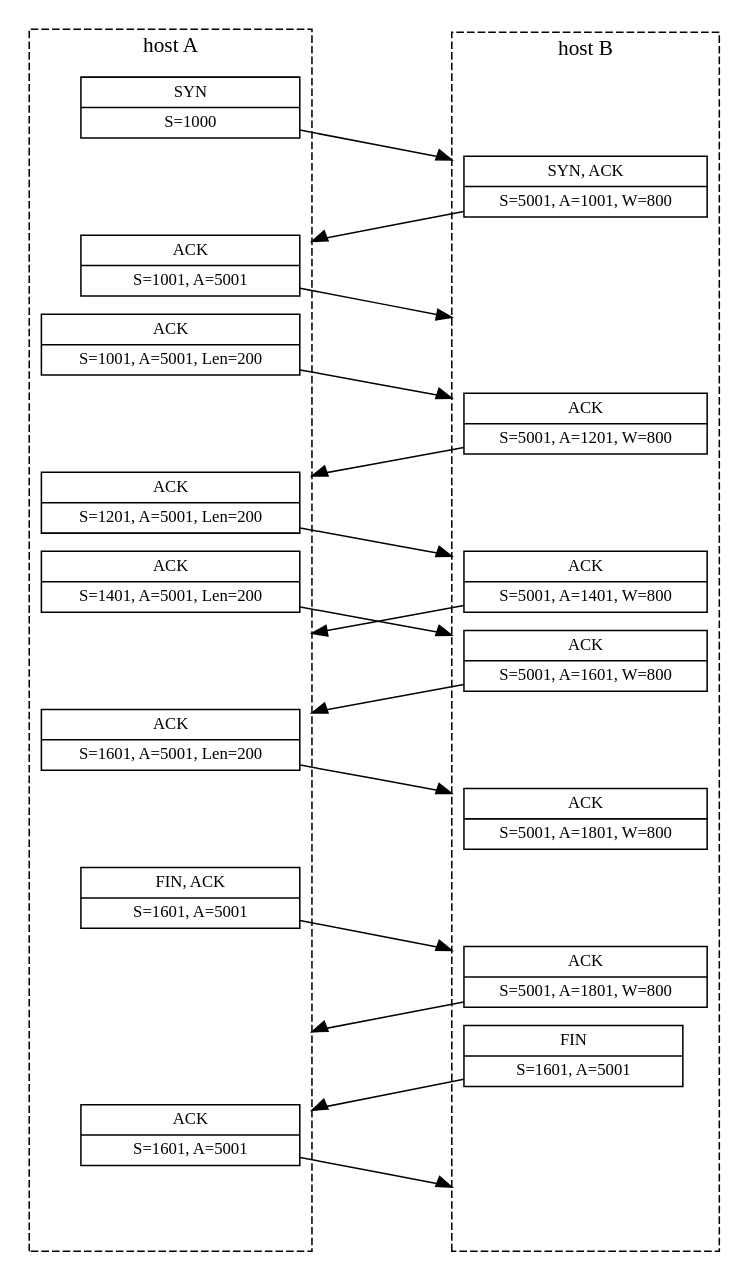
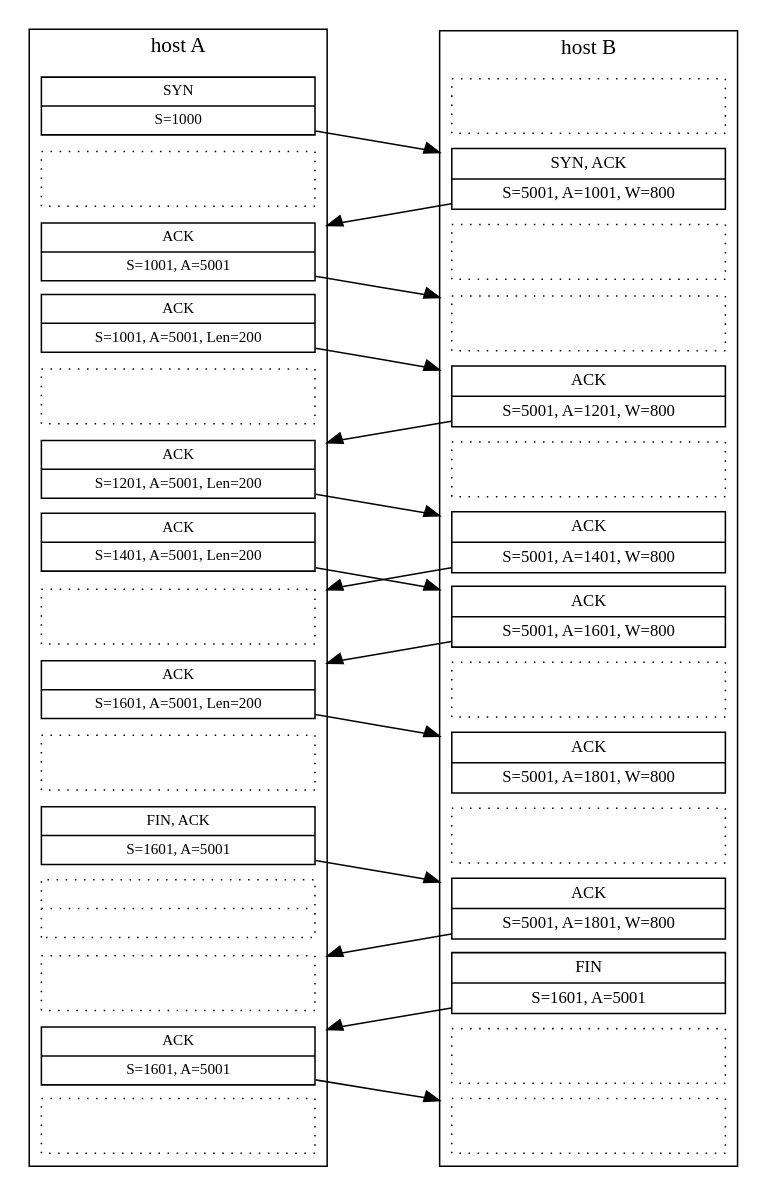
The diagram in guias/2/ej7.gv (mjkloeckner/TB067), drawn with Graphviz before and after one commit. The commit also changed 5 other files, not shown here.

```diff
--- a/guias/2/ej7.gv
+++ b/guias/2/ej7.gv
@@ -1,75 +1,75 @@
 digraph {
     node [shape=record]
     rankdir=TD;
-    ranksep=0.15;
+    ranksep=0;
     newrank=true;
-    nodesep=1.5;
+    nodesep=1.25;
     compound=true;
     subgraph cluster_A {
         label="host A"
-        style="dashed"
-        node [width=2.00, fontsize=11 ];
+        style="solid"
+        node [width=2.50, fontsize=10 ];
         0 -> 1 -> 2 -> 3 -> 4 -> 5 -> 6 -> 7 -> 8 -> 9 -> 10 [color=none];
         10 -> 11 -> 12 -> 13 -> 14 [color=none];
     }
     subgraph cluster_B {
         label="host B"
-        style="dashed"
-        node [width=2.00, fontsize=11 ];
+        style="solid"
+        node [width=2.50, fontsize=11 ];
 
         50 -> 51 -> 52 -> 53 -> 54 -> 55 -> 56 -> 57 -> 58 -> 59 -> 60 [color=none];
         60-> 61 -> 62 -> 63 -> 64 [color=none];
     }
 
     { rank=same;  0; 50; }
     { rank=same;  1; 51; }
     { rank=same;  2; 52; }
     { rank=same;  3; 53; }
     { rank=same;  4; 54; }
     { rank=same;  5; 55; }
     { rank=same;  6; 56; }
     { rank=same;  7; 57; }
     { rank=same;  8; 58; }
     { rank=same;  9; 59; }
     { rank=same; 10; 60; }
     { rank=same; 11; 61; }
     { rank=same; 12; 62; }
     { rank=same; 13; 63; }
 
-    1, 4, 7, 9, 11, 12, 14 [color=none, fontcolor=none];
-    50, 52, 53, 55, 58, 60, 63, 64 [color=none, fontcolor=none];
+    1, 4, 7, 9, 11, 12, 14 [color=black, fontcolor=none, style=dotted];
+    50, 52, 53, 55, 58, 60, 63, 64 [color=black, fontcolor=none, style=dotted ];
 
      0 -> 51 [lhead=cluster_B]
     51 ->  2 [lhead=cluster_A]
      2 -> 53 [lhead=cluster_B]
      3 -> 54 [lhead=cluster_B]
     54 ->  5 [lhead=cluster_A]
      5 -> 56 [lhead=cluster_B]
     56 ->  7 [lhead=cluster_A]
      6 -> 57 [lhead=cluster_B]
     57 ->  8 [lhead=cluster_A]
      8 -> 59 [lhead=cluster_B]
     10 -> 61 [lhead=cluster_B]
     61 -> 12 [lhead=cluster_A]
     62 -> 13 [lhead=cluster_A]
     13 -> 64 [lhead=cluster_B]
 
     0 [ label="{SYN|S=1000}" ]
     2 [ label="{ACK|S=1001, A=5001}" ]
     3 [ label="{ACK|S=1001, A=5001, Len=200}" ]
     5 [ label="{ACK|S=1201, A=5001, Len=200}" ]
     6 [ label="{ACK|S=1401, A=5001, Len=200}" ]
     8 [ label="{ACK|S=1601, A=5001, Len=200}" ]
     10 [ label="{FIN, ACK|S=1601, A=5001}" ]
     13 [ label="{ACK|S=1601, A=5001}" ]
 
     51 [ label="{SYN, ACK|S=5001, A=1001, W=800}" ]
     54 [ label="{ACK|S=5001, A=1201, W=800}" ]
     56 [ label="{ACK|S=5001, A=1401, W=800}" ]
     57 [ label="{ACK|S=5001, A=1601, W=800}" ]
     59 [ label="{ACK|S=5001, A=1801, W=800}" ]
     61 [ label="{ACK|S=5001, A=1801, W=800}" ]
 
     11 [ label="{FIN|S=1601, A=5001}" ]
     62 [ label="{FIN|S=1601, A=5001}" ]
 }
```
